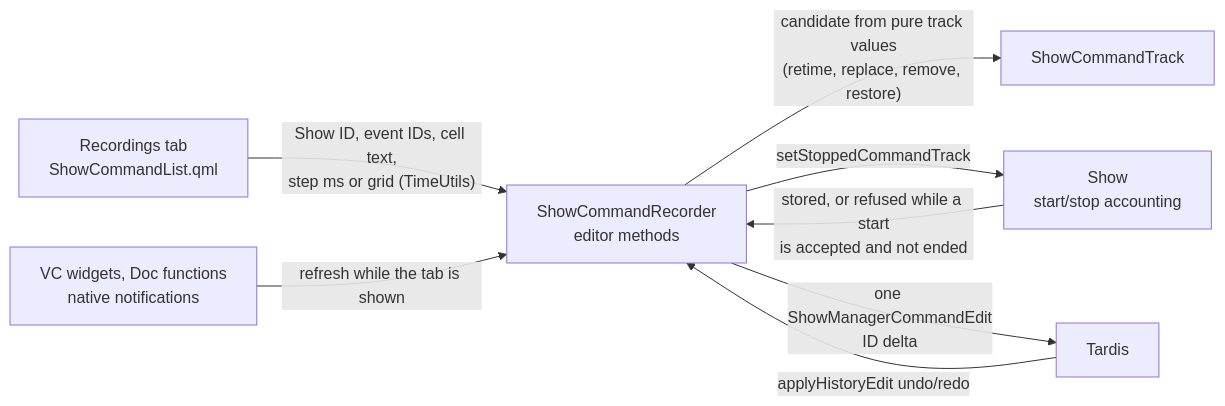
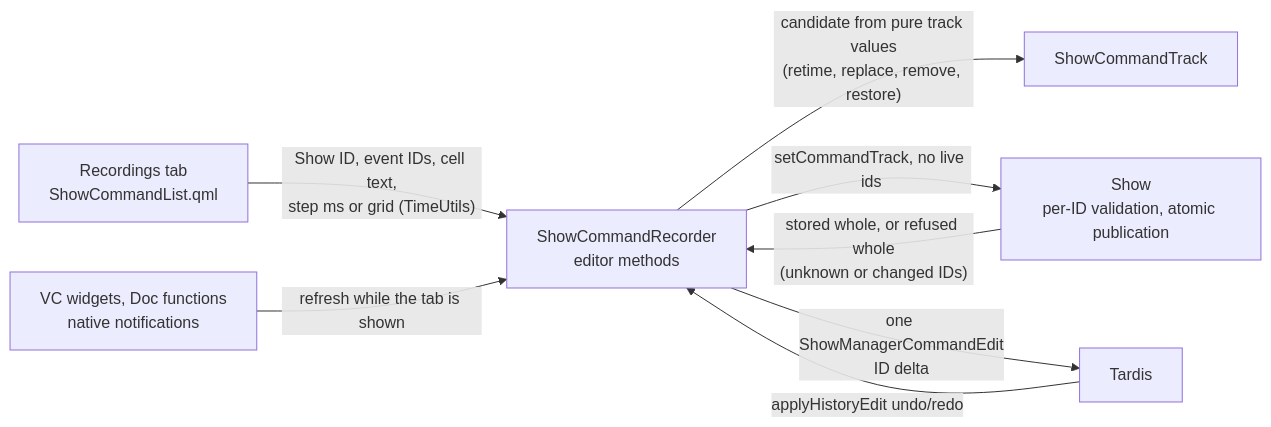
Before and after one commit to abossard/qlcplus: the second of 3 diagrams in docs/vc-performance-recording/implementation-plan.md, drawn with Mermaid. The commit also changed other lines of this file and 52 other files, not shown here.

First line of the commit message:
Add extensive test cases and functionality improvements for show command recorder and upstream integration

````diff
--- a/docs/vc-performance-recording/implementation-plan.md
+++ b/docs/vc-performance-recording/implementation-plan.md
@@ -67,10 +67,10 @@
 ```mermaid
 flowchart LR
     Q["Recordings tab<br/>ShowCommandList.qml"] -->|"Show ID, event IDs, cell text,<br/>step ms or grid (TimeUtils)"| R["ShowCommandRecorder<br/>editor methods"]
     R -->|"candidate from pure track values<br/>(retime, replace, remove, restore)"| T["ShowCommandTrack"]
-    R -->|"setStoppedCommandTrack"| S["Show<br/>start/stop accounting"]
-    S -->|"stored, or refused while a start<br/>is accepted and not ended"| R
+    R -->|"setCommandTrack, no live ids"| S["Show<br/>per-ID validation, atomic publication"]
+    S -->|"stored whole, or refused whole<br/>(unknown or changed IDs)"| R
     R -->|"one ShowManagerCommandEdit<br/>ID delta"| H["Tardis"]
     H -->|"applyHistoryEdit undo/redo"| R
     V["VC widgets, Doc functions<br/>native notifications"] -->|"refresh while the tab is shown"| R
 ```
````
